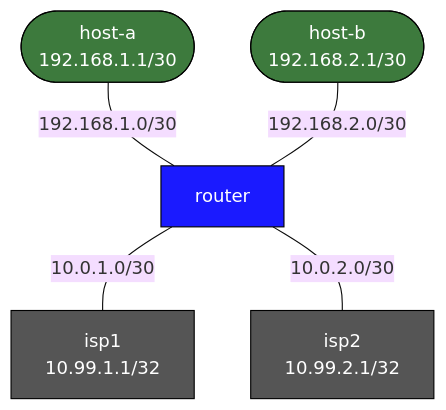
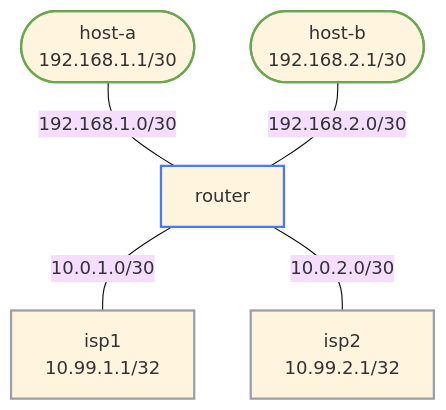
Before and after one commit to jschless/networkingLabs: the diagram in labs/route-maps-pbr/README.md, drawn with Mermaid (base theme). The commit also changed 250 other files, not shown here.

Commit message:
Fix unreadable topology diagrams, convert ASCII art, publish assessments (#57)

````diff
--- a/labs/route-maps-pbr/README.md
+++ b/labs/route-maps-pbr/README.md
@@ -11,20 +11,20 @@
 ```mermaid
 flowchart TB
-    ha(["host-a\n192.168.1.1/30"])
-    hb(["host-b\n192.168.2.1/30"])
+    ha(["host-a<br/>192.168.1.1/30"])
+    hb(["host-b<br/>192.168.2.1/30"])
     router["router"]
-    isp1["isp1\n10.99.1.1/32"]
-    isp2["isp2\n10.99.2.1/32"]
+    isp1["isp1<br/>10.99.1.1/32"]
+    isp2["isp2<br/>10.99.2.1/32"]
 
     ha -- "192.168.1.0/30" --- router
     hb -- "192.168.2.0/30" --- router
     router -- "10.0.1.0/30" --- isp1
     router -- "10.0.2.0/30" --- isp2
 
-    classDef router fill:#1a1aff,color:#fff,stroke:#000
-    classDef host   fill:#3d7a3d,color:#fff,stroke:#000
-    classDef isp    fill:#555,color:#fff,stroke:#000
+    classDef router stroke:#4778ff,stroke-width:2px
+    classDef host stroke:#6aa84f,stroke-width:2px
+    classDef isp stroke:#9aa0a6,stroke-width:2px
     class router router
     class ha,hb host
     class isp1,isp2 isp
 ```
````
